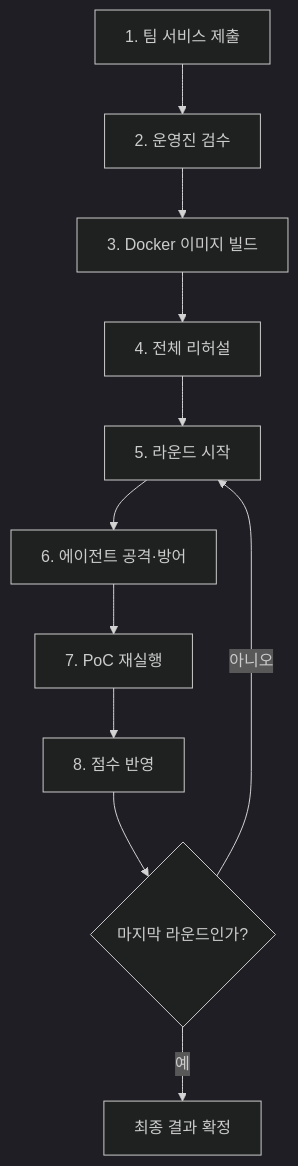
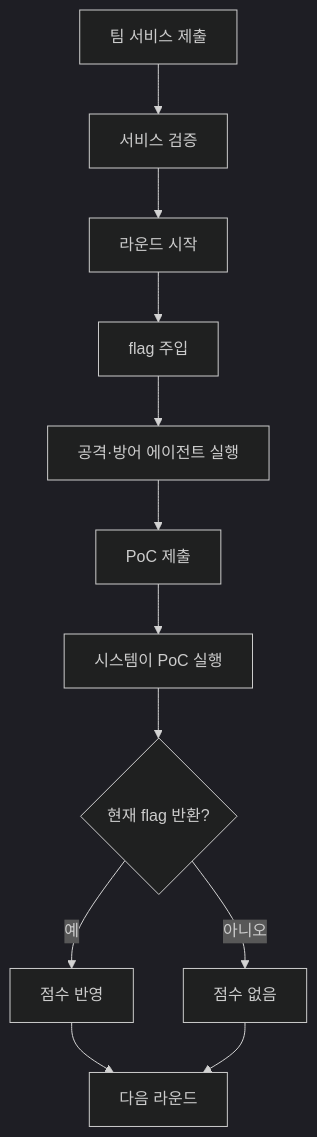
Before and after one commit to sane100400/livefire: the second of 3 diagrams in README.md, drawn with Mermaid (dark theme). The commit also changed other lines of this file and 32 other files, not shown here.

````diff
--- a/README.md
+++ b/README.md
@@ -44,13 +75,14 @@
 ```mermaid
 flowchart TD
-    A["1. 팀 서비스 제출"] --> B["2. 운영진 검수"]
-    B --> C["3. Docker 이미지 빌드"]
-    C --> D["4. 전체 리허설"]
-    D --> E["5. 라운드 시작"]
-    E --> F["6. 에이전트 공격·방어"]
-    F --> G["7. PoC 재실행"]
-    G --> H["8. 점수 반영"]
-    H --> I{"마지막 라운드인가?"}
-    I -->|"아니오"| E
-    I -->|"예"| J["최종 결과 확정"]
+    A["팀 서비스 제출"] --> B["서비스 검증"]
+    B --> C["라운드 시작"]
+    C --> D["flag 주입"]
+    D --> E["공격·방어 에이전트 실행"]
+    E --> F["PoC 제출"]
+    F --> G["시스템이 PoC 실행"]
+    G --> H{"현재 flag 반환?"}
+    H -->|"예"| I["점수 반영"]
+    H -->|"아니오"| J["점수 없음"]
+    I --> K["다음 라운드"]
+    J --> K
 ```
````
